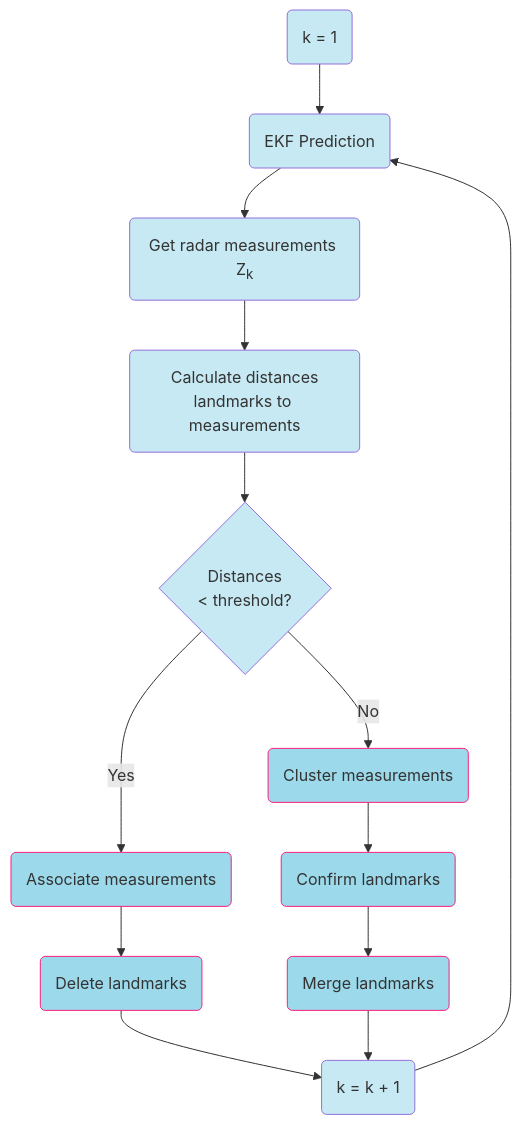
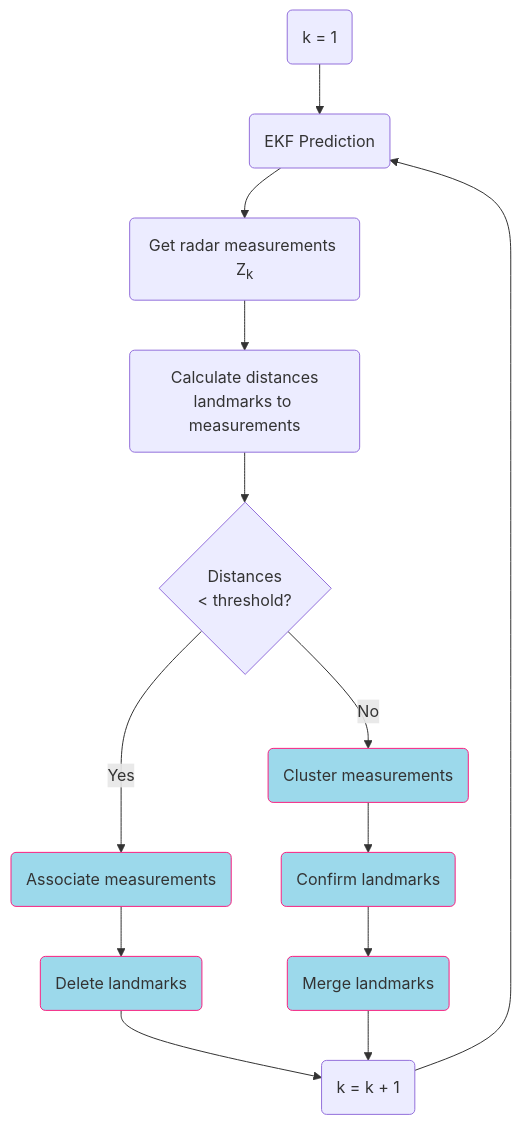
The first of 6 diagrams in _projects/radarslam.md (beteje/beteje.github.io), drawn with Mermaid before and after one commit. The commit also changed other lines of this file and 5 other files, not shown here.

Commit message:
Fixed update issues with Mermaid

```diff
--- a/_projects/radarslam.md
+++ b/_projects/radarslam.md
@@ -32,20 +35,18 @@
-    {% mermaid %}
+    <pre class="mermaid">
       graph TD
         A(k = 1) --> B(EKF Prediction)
         B --> C(Get radar measurements Z<sub>k</sub>)
         C --> S1(Calculate distances<br/>landmarks to measurements)
         S1 --> S2{Distances<br>< threshold?}
         S2 --"Yes"--> G(Associate measurements)
         S2 --"No"--> H(Cluster measurements)
         G --> I(Delete landmarks)
         H --> J(Confirm landmarks)
         J --> K(Merge landmarks)
         I --> D(k = k + 1)
         K --> D
         D --> B
 
-        classDef myGraph fill:#c7e9f3;
         classDef highlight fill:#9cd9eb,stroke:#f92080,stroke-width:1px;
-        class A,B,C,D,S1,S2 myGraph;
         class G,H,I,J,K highlight;
-    {% endmermaid %}
+    </pre>
```
